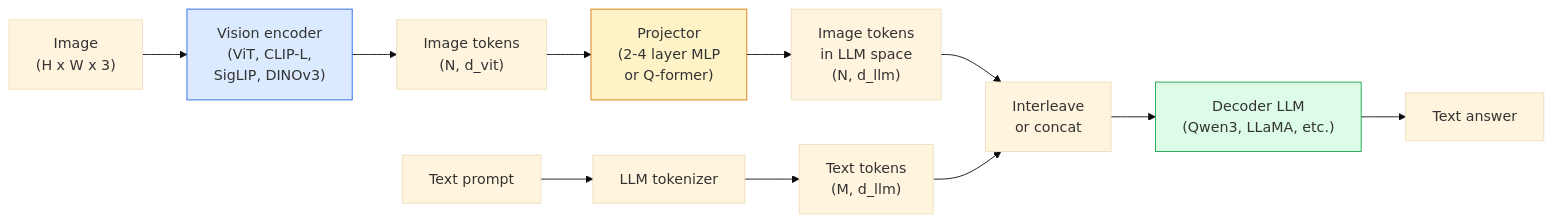
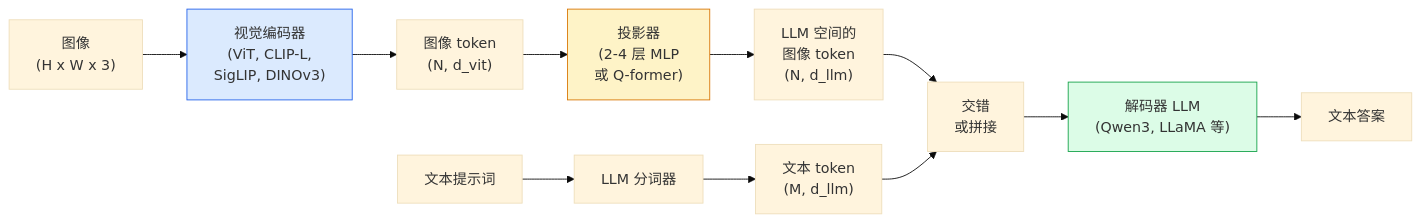
The diagram in lessons/04-computer-vision/25-vision-language-models/docs/zh.md (guangningsun/ailearning), drawn with Mermaid (base theme) before and after one commit. The commit also changed other lines of this file and 29 other files, not shown here.

````diff
--- a/lessons/04-computer-vision/25-vision-language-models/docs/zh.md
+++ b/lessons/04-computer-vision/25-vision-language-models/docs/zh.md
@@ -29,17 +29,17 @@
 ```mermaid
 flowchart LR
-    IMG["Image<br/>(H x W x 3)"] --> ViT["Vision encoder<br/>(ViT, CLIP-L,<br/>SigLIP, DINOv3)"]
-    ViT --> FEATS["Image tokens<br/>(N, d_vit)"]
-    FEATS --> PROJ["Projector<br/>(2-4 layer MLP<br/>or Q-former)"]
-    PROJ --> VTOK["Image tokens<br/>in LLM space<br/>(N, d_llm)"]
-    TXT["Text prompt"] --> TOK["LLM tokenizer"]
-    TOK --> TTOK["Text tokens<br/>(M, d_llm)"]
-    VTOK --> CONCAT["Interleave<br/>or concat"]
+    IMG["图像<br/>(H x W x 3)"] --> ViT["视觉编码器<br/>(ViT, CLIP-L,<br/>SigLIP, DINOv3)"]
+    ViT --> FEATS["图像 token<br/>(N, d_vit)"]
+    FEATS --> PROJ["投影器<br/>(2-4 层 MLP<br/>或 Q-former)"]
+    PROJ --> VTOK["LLM 空间的<br/>图像 token<br/>(N, d_llm)"]
+    TXT["文本提示词"] --> TOK["LLM 分词器"]
+    TOK --> TTOK["文本 token<br/>(M, d_llm)"]
+    VTOK --> CONCAT["交错<br/>或拼接"]
     TTOK --> CONCAT
-    CONCAT --> LLM["Decoder LLM<br/>(Qwen3, LLaMA, etc.)"]
-    LLM --> OUT["Text answer"]
+    CONCAT --> LLM["解码器 LLM<br/>(Qwen3, LLaMA 等)"]
+    LLM --> OUT["文本答案"]
 
     style ViT fill:#dbeafe,stroke:#2563eb
     style PROJ fill:#fef3c7,stroke:#d97706
     style LLM fill:#dcfce7,stroke:#16a34a
 ```
````
